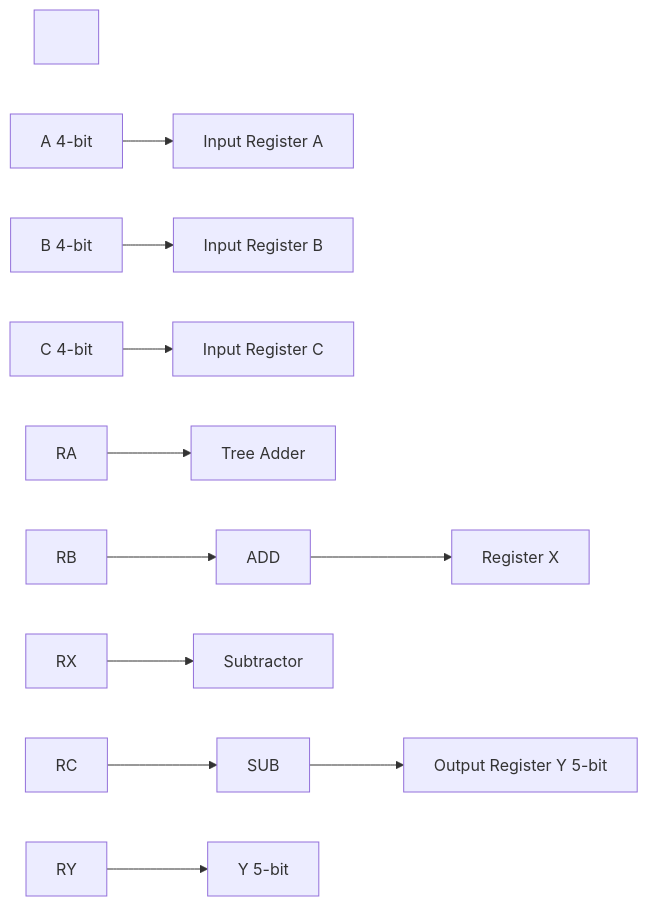
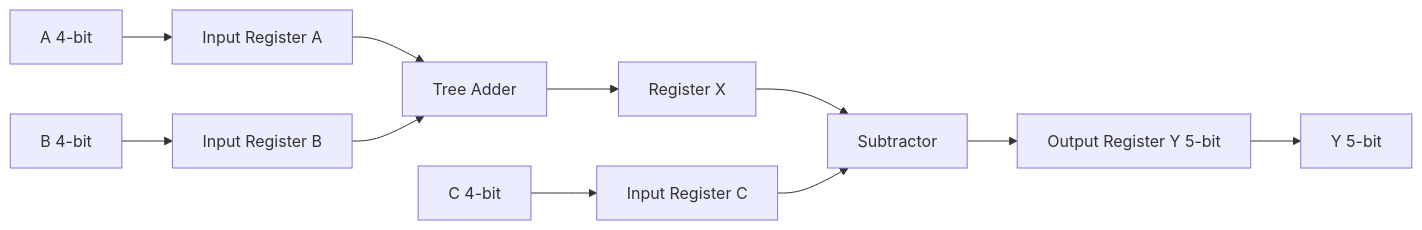
One commit to Asaf-Alber/4bit-alu-virtuoso changed the diagram in README.md. Above: the diagram before and after it, drawn with Mermaid. The commit also changed other lines of this file, not shown here.

````diff
--- a/README.md
+++ b/README.md
@@ -35,29 +18,15 @@
 ```mermaid
+flowchart LR
+  A[A 4-bit] --> RA[Input Register A]
+  B[B 4-bit] --> RB[Input Register B]
+  C[C 4-bit] --> RC[Input Register C]
 
-flowchart LR
+  RA --> ADD[Tree Adder]
+  RB --> ADD
+  ADD --> RX[Register X]
 
-&nbsp; A\[A 4-bit] --> RA\[Input Register A]
-
-&nbsp; B\[B 4-bit] --> RB\[Input Register B]
-
-&nbsp; C\[C 4-bit] --> RC\[Input Register C]
-
-
-
-&nbsp; RA --> ADD\[Tree Adder]
-
-&nbsp; RB --> ADD
-
-&nbsp; ADD --> RX\[Register X]
-
-
-
-&nbsp; RX --> SUB\[Subtractor]
-
-&nbsp; RC --> SUB
-
-&nbsp; SUB --> RY\[Output Register Y 5-bit]
-
-&nbsp; RY --> Y\[Y 5-bit]
-
+  RX --> SUB[Subtractor]
+  RC --> SUB
+  SUB --> RY[Output Register Y 5-bit]
+  RY --> Y[Y 5-bit]
 ```
````
